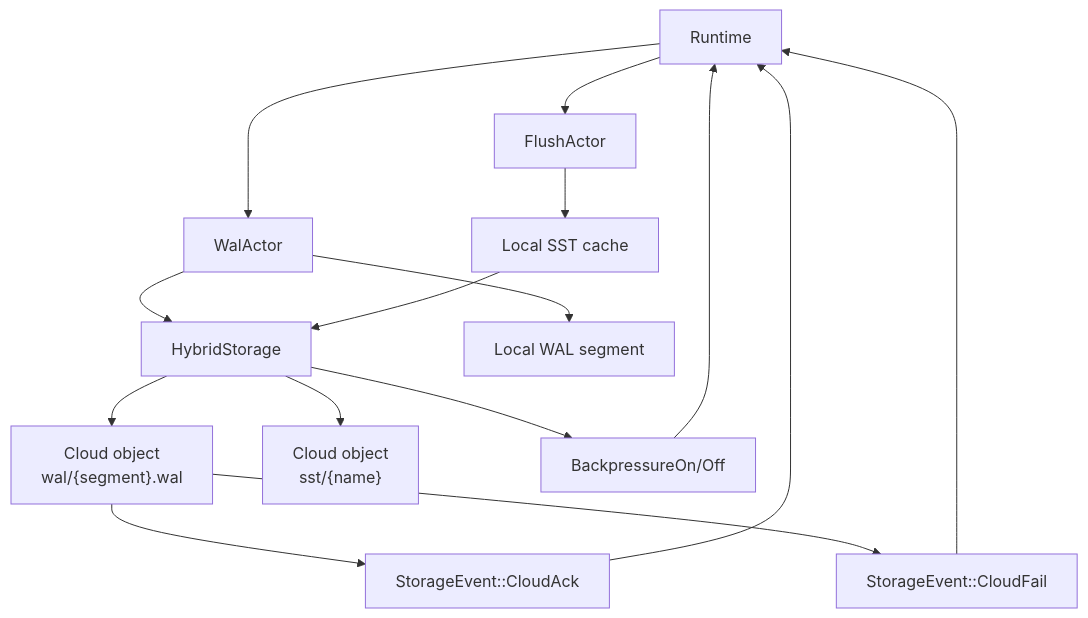
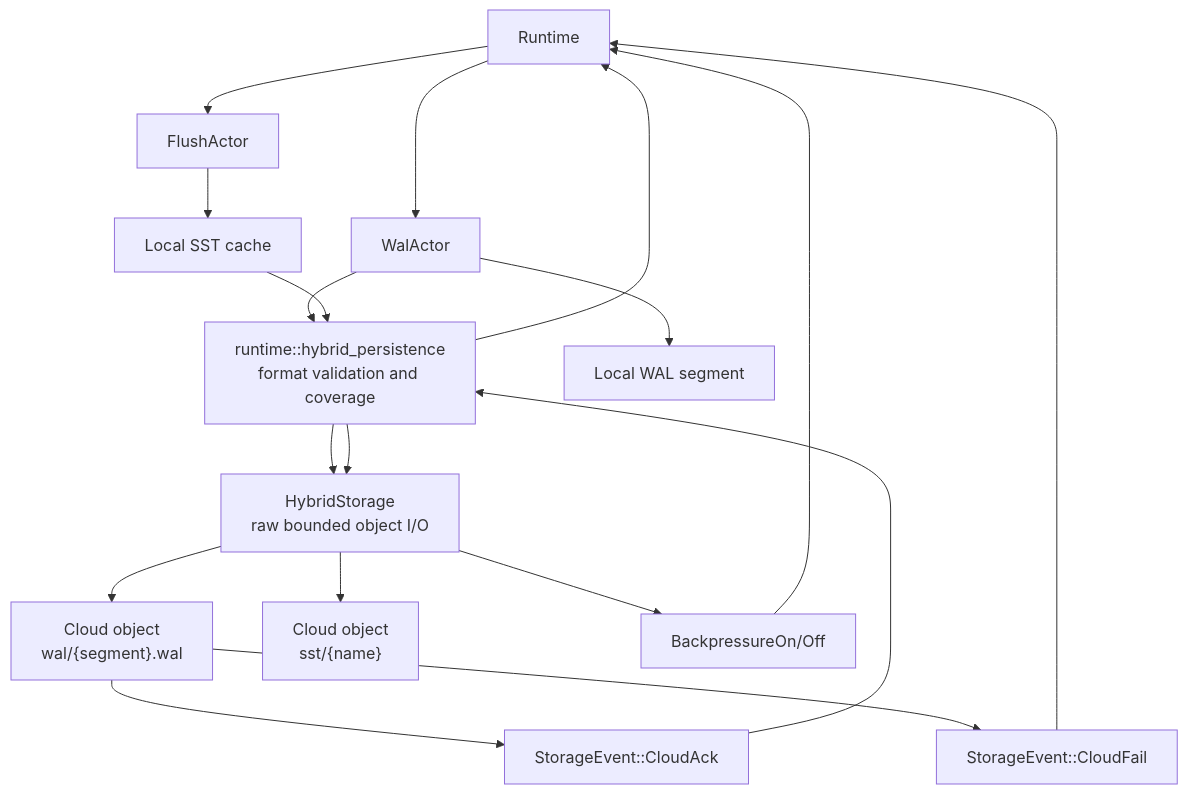
The eighth of 10 diagrams in docs/development/architecture-diagrams.md (cntryl/midge), drawn with Mermaid before and after one commit. The commit also changed other lines of this file and 38 other files, not shown here.

First line of the commit message:
feat: harden runtime architecture and cloud metadata

````diff
--- a/docs/development/architecture-diagrams.md
+++ b/docs/development/architecture-diagrams.md
@@ -231,31 +239,35 @@
 ```mermaid
 flowchart TB
     Runtime["Runtime"]
+    Proofs["runtime::hybrid_persistence<br/>format validation and coverage"]
     WalActor["WalActor"]
-    Hybrid["HybridStorage"]
+    Hybrid["HybridStorage<br/>raw bounded object I/O"]
     LocalWal["Local WAL segment"]
     CloudWal["Cloud object<br/>wal/{segment}.wal"]
     CloudAck["StorageEvent::CloudAck"]
     CloudFail["StorageEvent::CloudFail"]
 
     FlushActor["FlushActor"]
     LocalSst["Local SST cache"]
     CloudSst["Cloud object<br/>sst/{name}"]
     Backpressure["BackpressureOn/Off"]
 
     Runtime --> WalActor
     WalActor --> LocalWal
-    WalActor --> Hybrid
+    WalActor --> Proofs
+    Proofs --> Hybrid
     Hybrid --> CloudWal
     CloudWal --> CloudAck
     CloudWal --> CloudFail
-    CloudAck --> Runtime
+    CloudAck --> Proofs
+    Proofs --> Runtime
     CloudFail --> Runtime
 
     Runtime --> FlushActor
     FlushActor --> LocalSst
-    LocalSst --> Hybrid
+    LocalSst --> Proofs
+    Proofs --> Hybrid
     Hybrid --> CloudSst
     Hybrid --> Backpressure
     Backpressure --> Runtime
 ```
````
